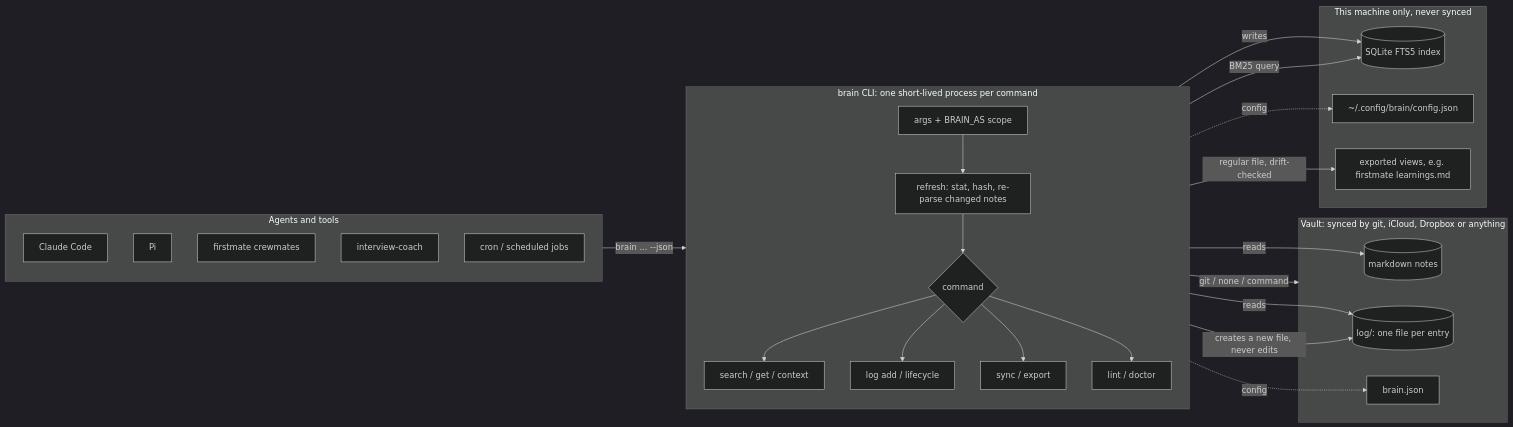
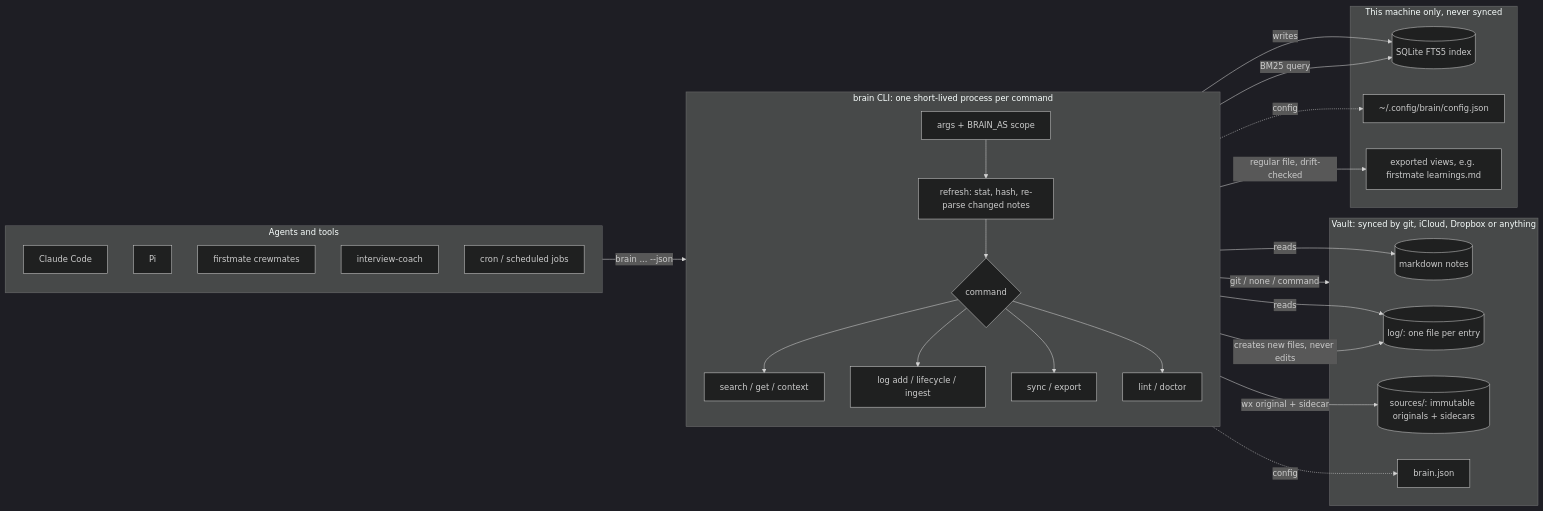
The first of 2 diagrams in docs/architecture.md (phuhien92/brain-cli), drawn with Mermaid (dark theme) before and after one commit. The commit also changed other lines of this file and 21 other files, not shown here.

Commit message:
feat: add immutable source ingest and provenance lint

````diff
--- a/docs/architecture.md
+++ b/docs/architecture.md
@@ -17,43 +18,45 @@
 ```mermaid
 flowchart LR
   subgraph Callers["Agents and tools"]
     CC["Claude Code"]
     PI["Pi"]
     FM["firstmate crewmates"]
     CO["interview-coach"]
     CRON["cron / scheduled jobs"]
   end
 
   subgraph CLI["brain CLI: one short-lived process per command"]
     direction TB
     ARGS["args + BRAIN_AS scope"] --> REFRESH["refresh: stat, hash, re-parse changed notes"]
     REFRESH --> CMD{"command"}
     CMD --> READ["search / get / context"]
-    CMD --> WRITE["log add / lifecycle"]
+    CMD --> WRITE["log add / lifecycle / ingest"]
     CMD --> MOVE["sync / export"]
     CMD --> CHECK["lint / doctor"]
   end
 
   subgraph Vault["Vault: synced by git, iCloud, Dropbox or anything"]
     NOTES[("markdown notes")]
     LOG[("log/: one file per entry")]
+    SOURCES[("sources/: immutable originals + sidecars")]
     BJ["brain.json"]
   end
 
   subgraph Machine["This machine only, never synced"]
     IDX[("SQLite FTS5 index")]
     UCFG["~/.config/brain/config.json"]
     VIEWS["exported views, e.g. firstmate learnings.md"]
   end
 
   Callers -- "brain ... --json" --> ARGS
   REFRESH -- reads --> NOTES
   REFRESH -- reads --> LOG
   REFRESH -- writes --> IDX
   READ -- BM25 query --> IDX
-  WRITE -- "creates a new file, never edits" --> LOG
+  WRITE -- "creates new files, never edits" --> LOG
+  WRITE -- "wx original + sidecar" --> SOURCES
   MOVE -- "git / none / command" --> Vault
   MOVE -- "regular file, drift-checked" --> VIEWS
   ARGS -. config .-> BJ
   ARGS -. config .-> UCFG
 ```
````
